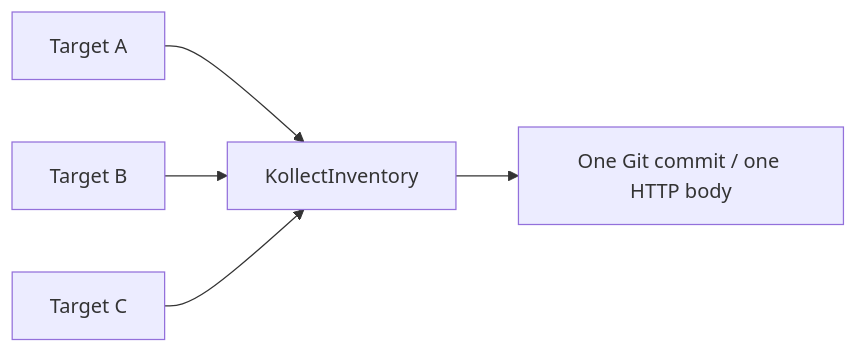
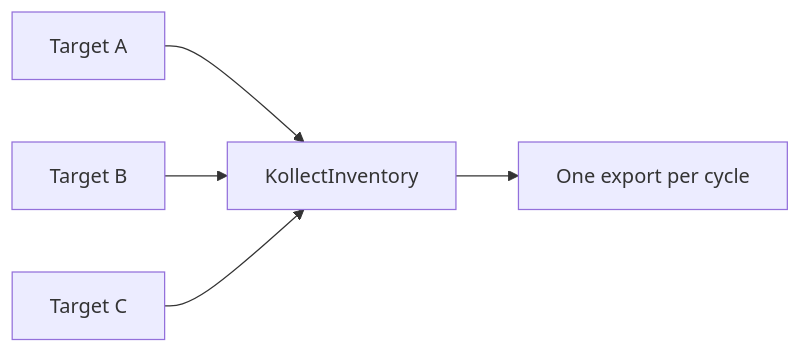
One commit to konih/kollect changed the third of 5 diagrams in docs/ARCHITECTURE.md. Above: the diagram before and after it, drawn with Mermaid. The commit also changed other lines of this file and 17 other files, not shown here.

````diff
--- a/docs/ARCHITECTURE.md
+++ b/docs/ARCHITECTURE.md
@@ -99,12 +98,12 @@
 ```mermaid
 flowchart LR
   T1[Target A]
   T2[Target B]
   T3[Target C]
   Inv[KollectInventory]
-  Out[One Git commit / one HTTP body]
+  Out[One export per cycle]
   T1 --> Inv
   T2 --> Inv
   T3 --> Inv
   Inv --> Out
 ```
````
